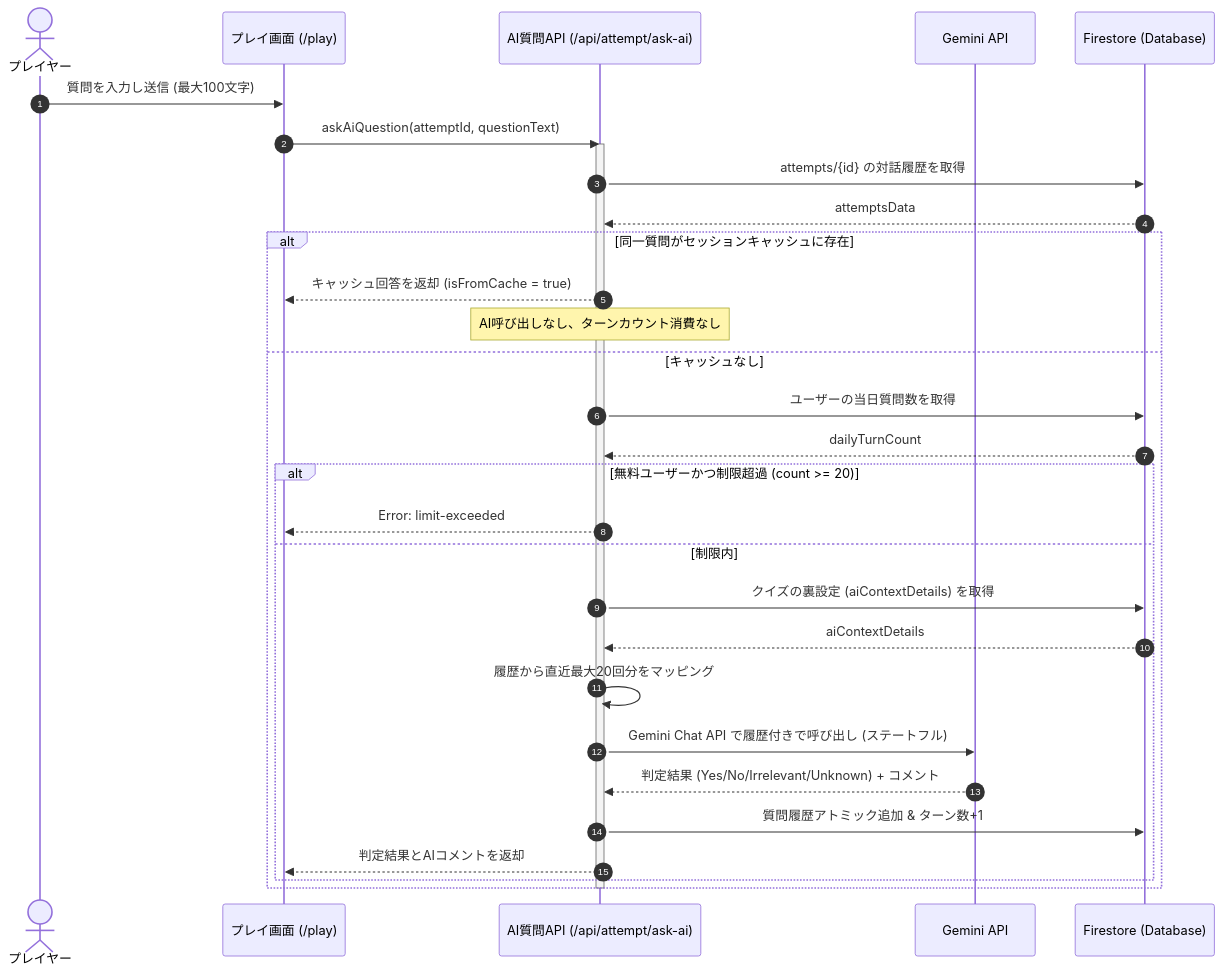
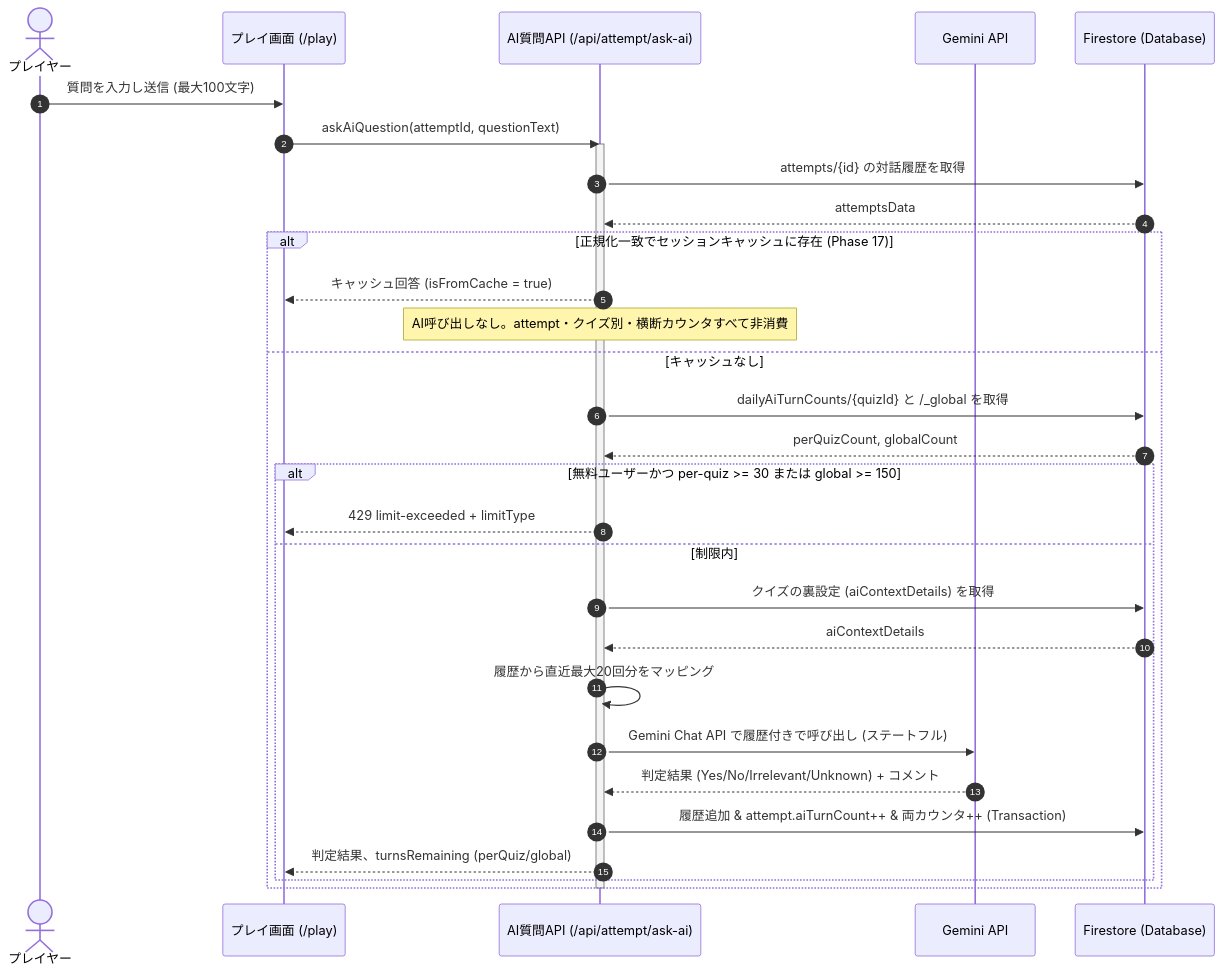
The ninth of 19 diagrams in .kiro/specs/quizeum-core/design.md (npressoworks/quizetika), drawn with Mermaid before and after one commit. The commit also changed other lines of this file and 18 other files, not shown here.

````diff
--- a/.kiro/specs/quizeum-core/design.md
+++ b/.kiro/specs/quizeum-core/design.md
@@ -429,35 +434,35 @@
 ```mermaid
 sequenceDiagram
     autonumber
     actor Player as プレイヤー
     participant Client as プレイ画面 (/play)
     participant API as AI質問API (/api/attempt/ask-ai)
     participant AI as Gemini API
     participant DB as Firestore (Database)
 
     Player->>Client: 質問を入力し送信 (最大100文字)
     Client->>API: askAiQuestion(attemptId, questionText)
     activate API
     API->>DB: attempts/{id} の対話履歴を取得
     DB-->>API: attemptsData
     
-    alt 同一質問がセッションキャッシュに存在
-        API-->>Client: キャッシュ回答を返却 (isFromCache = true)
-        Note over API: AI呼び出しなし、ターンカウント消費なし
+    alt 正規化一致でセッションキャッシュに存在 (Phase 17)
+        API-->>Client: キャッシュ回答 (isFromCache = true)
+        Note over API: AI呼び出しなし。attempt・クイズ別・横断カウンタすべて非消費
     else キャッシュなし
-        API->>DB: ユーザーの当日質問数を取得
-        DB-->>API: dailyTurnCount
-        alt 無料ユーザーかつ制限超過 (count >= 20)
-            API-->>Client: Error: limit-exceeded
+        API->>DB: dailyAiTurnCounts/{quizId} と /_global を取得
+        DB-->>API: perQuizCount, globalCount
+        alt 無料ユーザーかつ per-quiz >= 30 または global >= 150
+            API-->>Client: 429 limit-exceeded + limitType
         else 制限内
             API->>DB: クイズの裏設定 (aiContextDetails) を取得
             DB-->>API: aiContextDetails
             API->>API: 履歴から直近最大20回分をマッピング
             API->>AI: Gemini Chat API で履歴付きで呼び出し (ステートフル)
             AI-->>API: 判定結果 (Yes/No/Irrelevant/Unknown) + コメント
-            API->>DB: 質問履歴アトミック追加 & ターン数+1
-            API-->>Client: 判定結果とAIコメントを返却
+            API->>DB: 履歴追加 & attempt.aiTurnCount++ & 両カウンタ++ (Transaction)
+            API-->>Client: 判定結果、turnsRemaining (perQuiz/global)
         end
     end
     deactivate API
 ```
````
